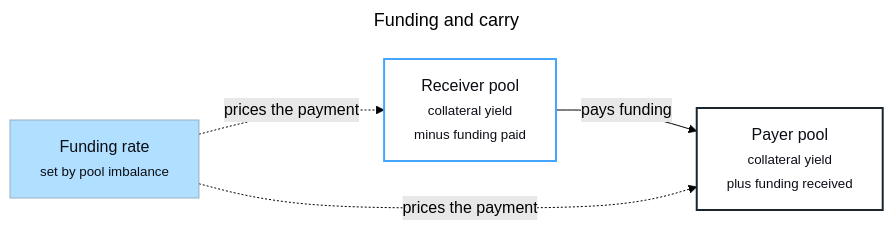
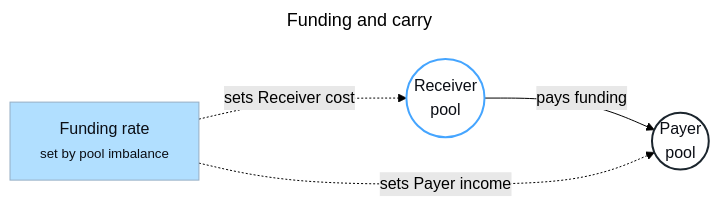
Before and after one commit to Null-Solutions/v1-docs: the diagram in diagrams/funding-carry.mmd, drawn with Mermaid (forest theme). The commit also changed 11 other files, not shown here.

Commit message:
Make docs pool diagrams circular

```diff
--- a/diagrams/funding-carry.mmd
+++ b/diagrams/funding-carry.mmd
@@ -1,18 +1,18 @@
 ---
 title: Funding and carry
 ---
 flowchart LR
-  receiver["Receiver pool<br/><small>collateral yield<br/>minus funding paid</small>"]
-  payer["Payer pool<br/><small>collateral yield<br/>plus funding received</small>"]
+  receiver(("Receiver<br/>pool"))
+  payer(("Payer<br/>pool"))
   funding["Funding rate<br/><small>set by pool imbalance</small>"]
 
   receiver -- "pays funding" --> payer
-  funding -. "prices the payment" .-> receiver
-  funding -. "prices the payment" .-> payer
+  funding -. "sets Receiver cost" .-> receiver
+  funding -. "sets Payer income" .-> payer
 
   classDef receiver fill:#FFFFFF,color:#0B0E15,stroke:#45A5FF,stroke-width:2px;
   classDef payer fill:#FFFFFF,color:#0B0E15,stroke:#1B252D,stroke-width:2px;
   classDef accent fill:#B1DFFF,color:#0B0E15,stroke:#96AEC4,stroke-width:1px;
   class receiver receiver;
   class payer payer;
   class funding accent;
```
